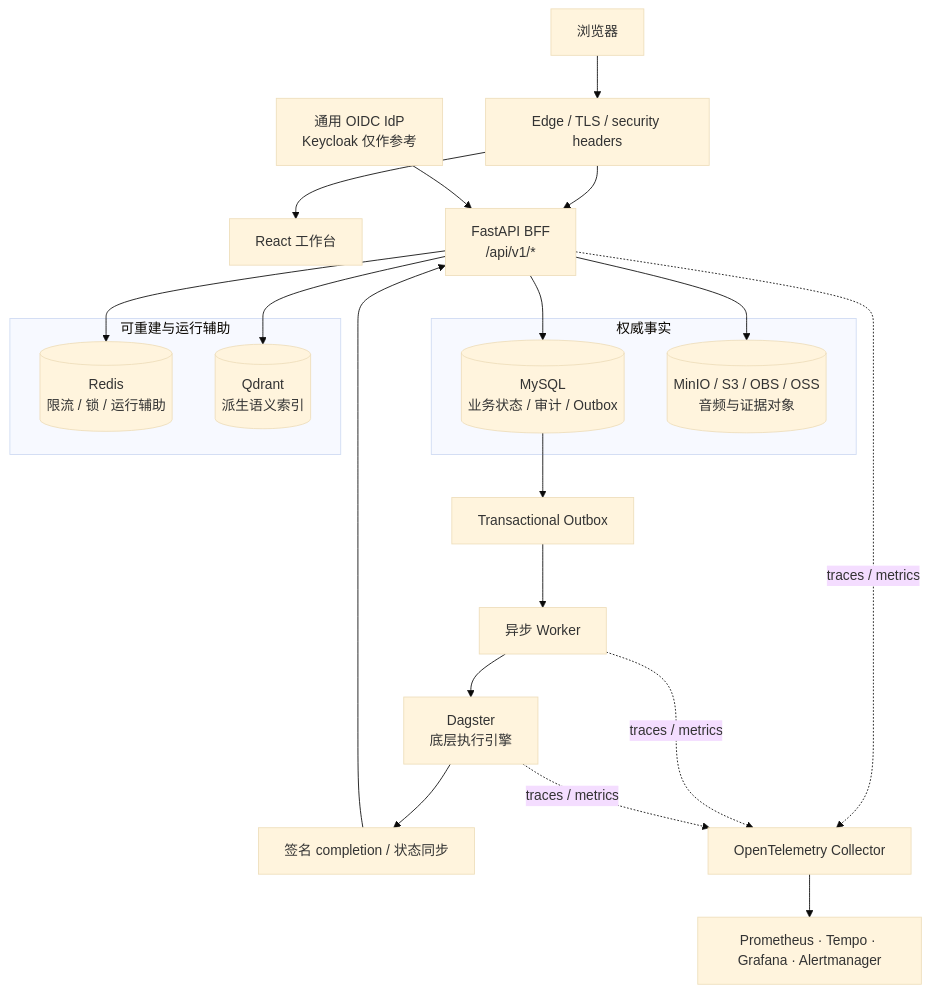
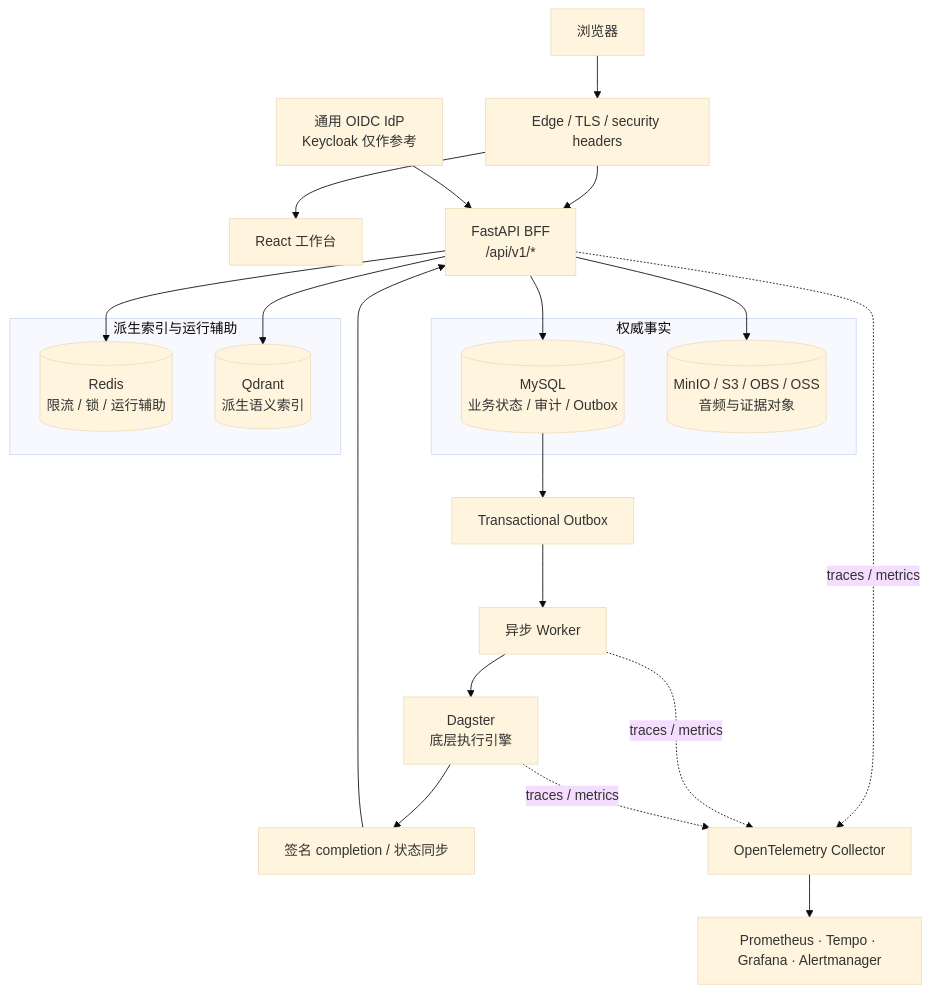
The second of 3 diagrams in README.md (g5n-dev/auris_flow), drawn with Mermaid (base theme) before and after one commit. The commit also changed other lines of this file and 26 other files, not shown here.

````diff
--- a/README.md
+++ b/README.md
@@ -209,33 +209,33 @@
 ```mermaid
 flowchart TB
     USER["浏览器"] --> EDGE["Edge / TLS / security headers"]
     EDGE --> UI["React 工作台"]
     EDGE --> BFF["FastAPI BFF<br/>/api/v1/*"]
     IDP["通用 OIDC IdP<br/>Keycloak 仅作参考"] --> BFF
 
     subgraph truth["权威事实"]
         MYSQL[("MySQL<br/>业务状态 / 审计 / Outbox")]
         OBJECTS[("MinIO / S3 / OBS / OSS<br/>音频与证据对象")]
     end
 
-    subgraph derived["可重建与运行辅助"]
+    subgraph derived["派生索引与运行辅助"]
         REDIS[("Redis<br/>限流 / 锁 / 运行辅助")]
         QDRANT[("Qdrant<br/>派生语义索引")]
     end
 
     BFF --> MYSQL
     BFF --> OBJECTS
     BFF --> REDIS
     BFF --> QDRANT
 
     MYSQL --> OUTBOX["Transactional Outbox"]
     OUTBOX --> WORKER["异步 Worker"]
     WORKER --> DAGSTER["Dagster<br/>底层执行引擎"]
     DAGSTER --> CALLBACK["签名 completion / 状态同步"]
     CALLBACK --> BFF
 
     BFF -. traces / metrics .-> OTEL["OpenTelemetry Collector"]
     WORKER -. traces / metrics .-> OTEL
     DAGSTER -. traces / metrics .-> OTEL
     OTEL --> OBS["Prometheus · Tempo · Grafana · Alertmanager"]
 ```
````
